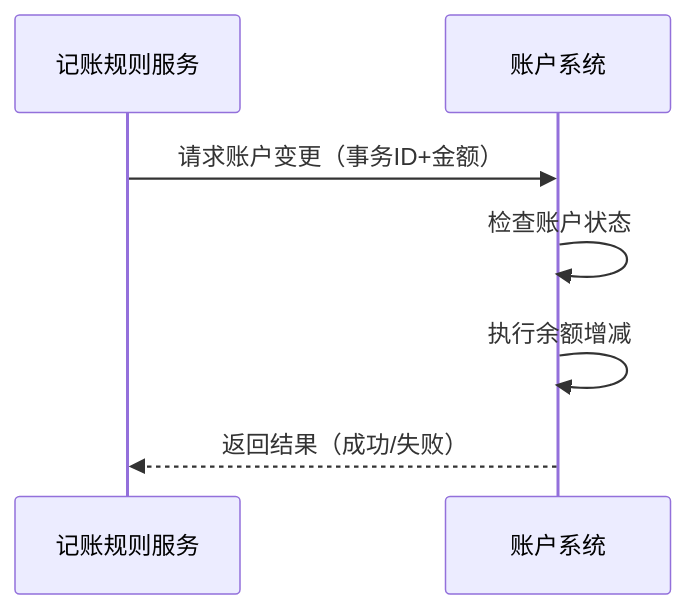
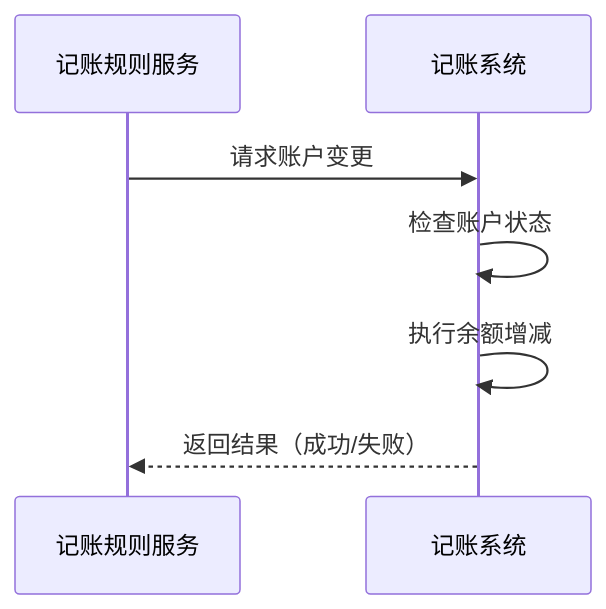
The diagram in all/记账操作.md (87828943/iodraw-files), drawn with Mermaid before and after one commit.

Commit message:
2025-07-07 16:11:49 update

````diff
--- a/all/记账操作.md
+++ b/all/记账操作.md
@@ -1,9 +1,9 @@
 ```mermaid
 sequenceDiagram
     participant A as 记账规则服务
-    participant B as 账户系统
-    A->>B: 请求账户变更（事务ID+金额）
+    participant B as 记账系统
+    A->>B: 请求账户变更
     B->>B: 检查账户状态
     B->>B: 执行余额增减
     B-->>A: 返回结果（成功/失败）
 ```
````
